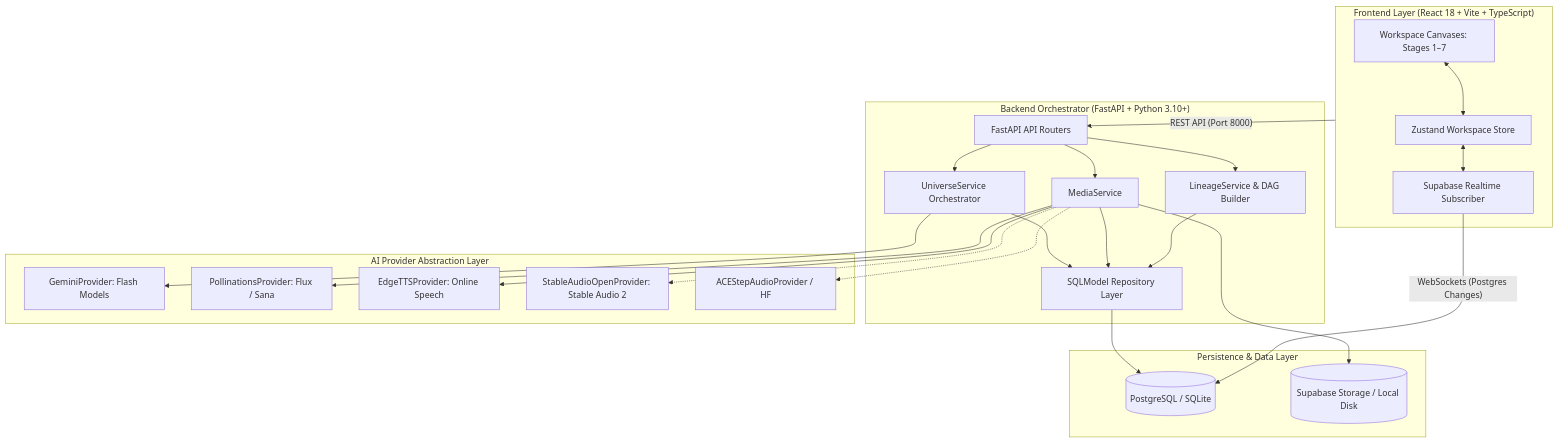
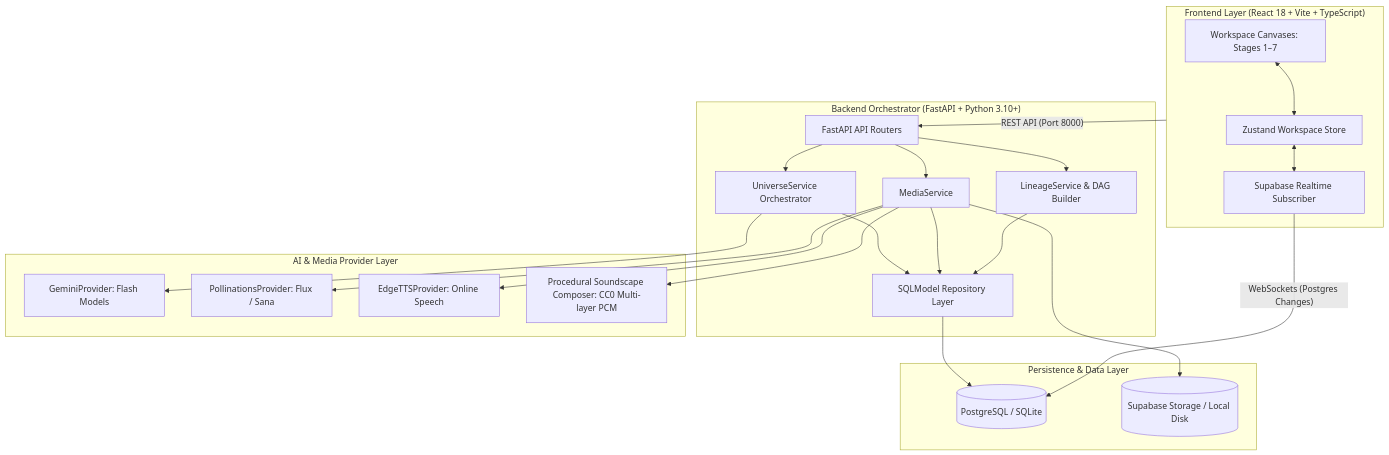
Before and after one commit to syed-imadulla/Praroha: the first of 3 diagrams in docs/ARCHITECTURE.md, drawn with Mermaid. The commit also changed 27 other files, not shown here.

````diff
--- a/docs/ARCHITECTURE.md
+++ b/docs/ARCHITECTURE.md
@@ -15,49 +15,47 @@
 ```mermaid
 graph TD
     subgraph Client ["Frontend Layer (React 18 + Vite + TypeScript)"]
         UI[Workspace Canvases: Stages 1–7]
         Store[Zustand Workspace Store]
         RealtimeSub[Supabase Realtime Subscriber]
         UI <--> Store
         Store <--> RealtimeSub
     end
 
     subgraph Server ["Backend Orchestrator (FastAPI + Python 3.10+)"]
         Router[FastAPI API Routers]
         UniService[UniverseService Orchestrator]
         MediaService[MediaService]
         LineageService[LineageService & DAG Builder]
         Repo[SQLModel Repository Layer]
 
         Router --> UniService
         Router --> MediaService
         Router --> LineageService
         UniService --> Repo
         MediaService --> Repo
         LineageService --> Repo
     end
 
     subgraph Storage ["Persistence & Data Layer"]
         DB[(PostgreSQL / SQLite)]
         Bucket[(Supabase Storage / Local Disk)]
         Repo --> DB
         MediaService --> Bucket
     end
 
-    subgraph AIProviders ["AI Provider Abstraction Layer"]
+    subgraph AIProviders ["AI & Media Provider Layer"]
         Gemini[GeminiProvider: Flash Models]
         Pollinations[PollinationsProvider: Flux / Sana]
         EdgeTTS[EdgeTTSProvider: Online Speech]
-        StableAudio[StableAudioOpenProvider: Stable Audio 2]
-        ACEStep[ACEStepAudioProvider / HF]
+        Soundscapes[Procedural Soundscape Composer: CC0 Multi-layer PCM]
 
         UniService --> Gemini
         MediaService --> Pollinations
         MediaService --> EdgeTTS
-        MediaService -.-> StableAudio
-        MediaService -.-> ACEStep
+        MediaService --> Soundscapes
     end
 
     Client -- REST API (Port 8000) --> Router
     RealtimeSub -- WebSockets (Postgres Changes) --> DB
 ```
````
